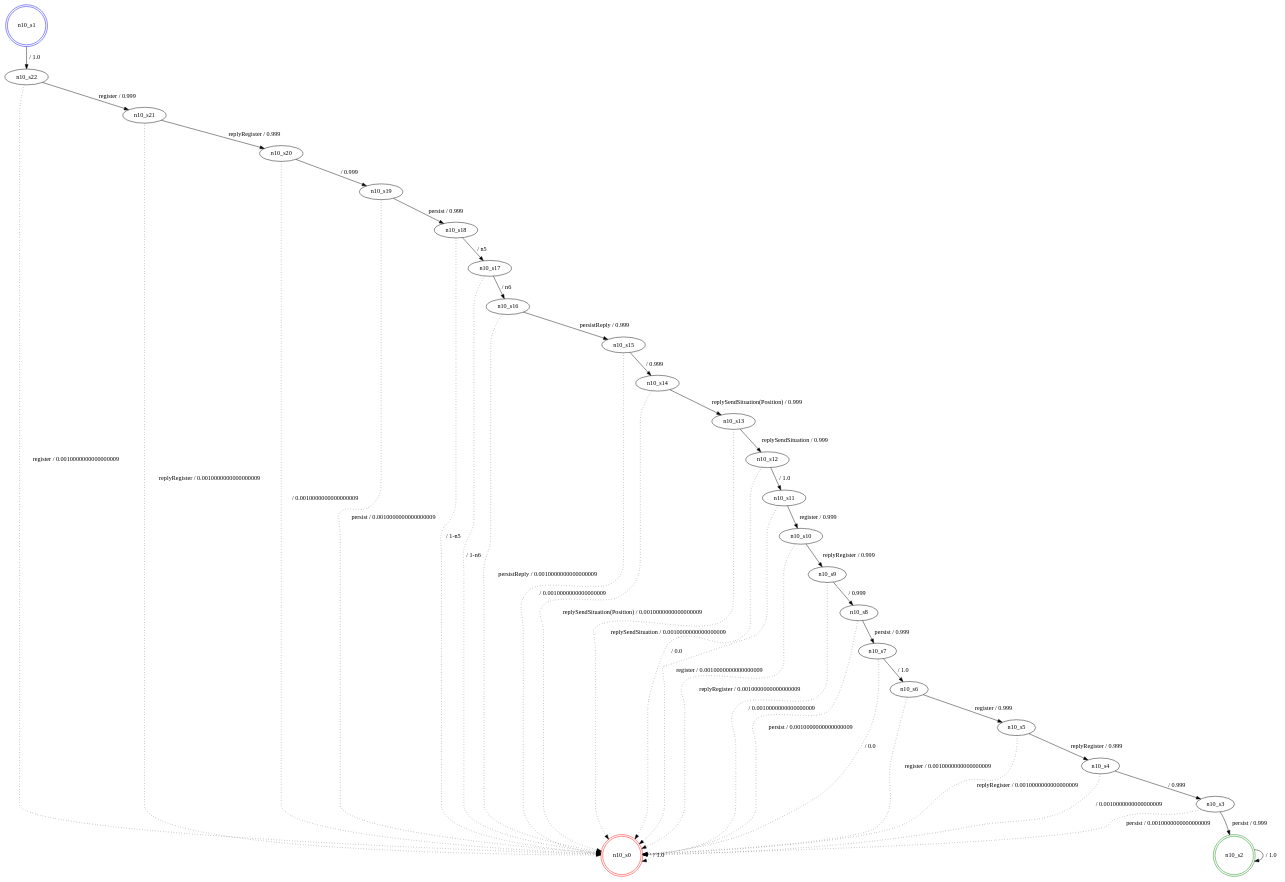
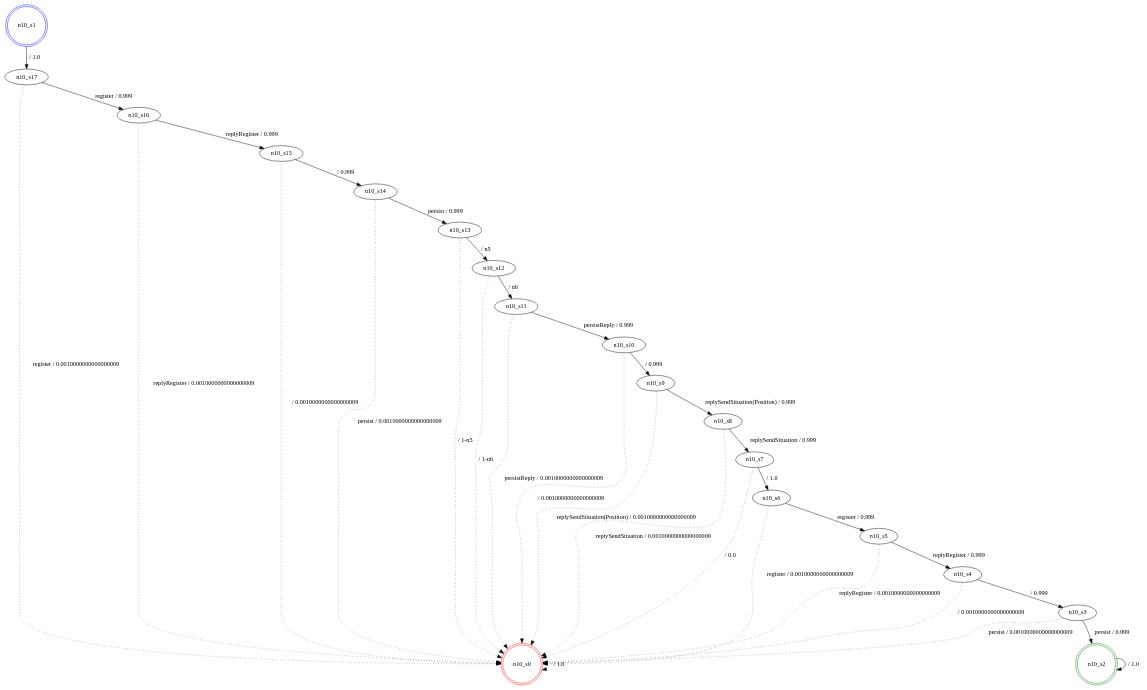
Before and after one commit to SPLMC/spl-generator: the diagram in src/generatedModels/fdtmc_n10.dot, drawn with Graphviz. The commit also changed 43 other files, not shown here.

```diff
--- a/src/generatedModels/fdtmc_n10.dot
+++ b/src/generatedModels/fdtmc_n10.dot
@@ -1,68 +1,53 @@
 digraph graphname {
 n10_s0 [label="n10_s0",color=red,shape=doublecircle ];
 n10_s1 [label="n10_s1",color=blue,shape=doublecircle ];
 n10_s2 [label="n10_s2",color=green,shape=doublecircle ];
 n10_s3 [label="n10_s3" ];
 n10_s4 [label="n10_s4" ];
 n10_s5 [label="n10_s5" ];
 n10_s6 [label="n10_s6" ];
 n10_s7 [label="n10_s7" ];
 n10_s8 [label="n10_s8" ];
 n10_s9 [label="n10_s9" ];
 n10_s10 [label="n10_s10" ];
 n10_s11 [label="n10_s11" ];
 n10_s12 [label="n10_s12" ];
 n10_s13 [label="n10_s13" ];
 n10_s14 [label="n10_s14" ];
 n10_s15 [label="n10_s15" ];
 n10_s16 [label="n10_s16" ];
 n10_s17 [label="n10_s17" ];
-n10_s18 [label="n10_s18" ];
-n10_s19 [label="n10_s19" ];
-n10_s20 [label="n10_s20" ];
-n10_s21 [label="n10_s21" ];
-n10_s22 [label="n10_s22" ];
 n10_s0 -> n10_s0 [label=" / 1.0", style=dotted];
-n10_s1 -> n10_s22 [label=" / 1.0"];
+n10_s1 -> n10_s17 [label=" / 1.0"];
 n10_s2 -> n10_s2 [label=" / 1.0"];
 n10_s3 -> n10_s2 [label="persist / 0.999"];
 n10_s3 -> n10_s0 [label="persist / 0.0010000000000000009", style=dotted];
 n10_s4 -> n10_s3 [label=" / 0.999"];
 n10_s4 -> n10_s0 [label=" / 0.0010000000000000009", style=dotted];
 n10_s5 -> n10_s4 [label="replyRegister / 0.999"];
 n10_s5 -> n10_s0 [label="replyRegister / 0.0010000000000000009", style=dotted];
 n10_s6 -> n10_s5 [label="register / 0.999"];
 n10_s6 -> n10_s0 [label="register / 0.0010000000000000009", style=dotted];
 n10_s7 -> n10_s6 [label=" / 1.0"];
 n10_s7 -> n10_s0 [label=" / 0.0", style=dotted];
-n10_s8 -> n10_s7 [label="persist / 0.999"];
-n10_s8 -> n10_s0 [label="persist / 0.0010000000000000009", style=dotted];
-n10_s9 -> n10_s8 [label=" / 0.999"];
-n10_s9 -> n10_s0 [label=" / 0.0010000000000000009", style=dotted];
-n10_s10 -> n10_s9 [label="replyRegister / 0.999"];
-n10_s10 -> n10_s0 [label="replyRegister / 0.0010000000000000009", style=dotted];
-n10_s11 -> n10_s10 [label="register / 0.999"];
-n10_s11 -> n10_s0 [label="register / 0.0010000000000000009", style=dotted];
-n10_s12 -> n10_s11 [label=" / 1.0"];
-n10_s12 -> n10_s0 [label=" / 0.0", style=dotted];
-n10_s13 -> n10_s12 [label="replySendSituation / 0.999"];
-n10_s13 -> n10_s0 [label="replySendSituation / 0.0010000000000000009", style=dotted];
-n10_s14 -> n10_s13 [label="replySendSituation(Position) / 0.999"];
-n10_s14 -> n10_s0 [label="replySendSituation(Position) / 0.0010000000000000009", style=dotted];
+n10_s8 -> n10_s7 [label="replySendSituation / 0.999"];
+n10_s8 -> n10_s0 [label="replySendSituation / 0.0010000000000000009", style=dotted];
+n10_s9 -> n10_s8 [label="replySendSituation(Position) / 0.999"];
+n10_s9 -> n10_s0 [label="replySendSituation(Position) / 0.0010000000000000009", style=dotted];
+n10_s10 -> n10_s9 [label=" / 0.999"];
+n10_s10 -> n10_s0 [label=" / 0.0010000000000000009", style=dotted];
+n10_s11 -> n10_s10 [label="persistReply / 0.999"];
+n10_s11 -> n10_s0 [label="persistReply / 0.0010000000000000009", style=dotted];
+n10_s12 -> n10_s11 [label=" / n6"];
+n10_s12 -> n10_s0 [label=" / 1-n6", style=dotted];
+n10_s13 -> n10_s12 [label=" / n5"];
+n10_s13 -> n10_s0 [label=" / 1-n5", style=dotted];
+n10_s14 -> n10_s13 [label="persist / 0.999"];
+n10_s14 -> n10_s0 [label="persist / 0.0010000000000000009", style=dotted];
 n10_s15 -> n10_s14 [label=" / 0.999"];
 n10_s15 -> n10_s0 [label=" / 0.0010000000000000009", style=dotted];
-n10_s16 -> n10_s15 [label="persistReply / 0.999"];
-n10_s16 -> n10_s0 [label="persistReply / 0.0010000000000000009", style=dotted];
-n10_s17 -> n10_s16 [label=" / n6"];
-n10_s17 -> n10_s0 [label=" / 1-n6", style=dotted];
-n10_s18 -> n10_s17 [label=" / n5"];
-n10_s18 -> n10_s0 [label=" / 1-n5", style=dotted];
-n10_s19 -> n10_s18 [label="persist / 0.999"];
-n10_s19 -> n10_s0 [label="persist / 0.0010000000000000009", style=dotted];
-n10_s20 -> n10_s19 [label=" / 0.999"];
-n10_s20 -> n10_s0 [label=" / 0.0010000000000000009", style=dotted];
-n10_s21 -> n10_s20 [label="replyRegister / 0.999"];
-n10_s21 -> n10_s0 [label="replyRegister / 0.0010000000000000009", style=dotted];
-n10_s22 -> n10_s21 [label="register / 0.999"];
-n10_s22 -> n10_s0 [label="register / 0.0010000000000000009", style=dotted];
+n10_s16 -> n10_s15 [label="replyRegister / 0.999"];
+n10_s16 -> n10_s0 [label="replyRegister / 0.0010000000000000009", style=dotted];
+n10_s17 -> n10_s16 [label="register / 0.999"];
+n10_s17 -> n10_s0 [label="register / 0.0010000000000000009", style=dotted];
 }
```
